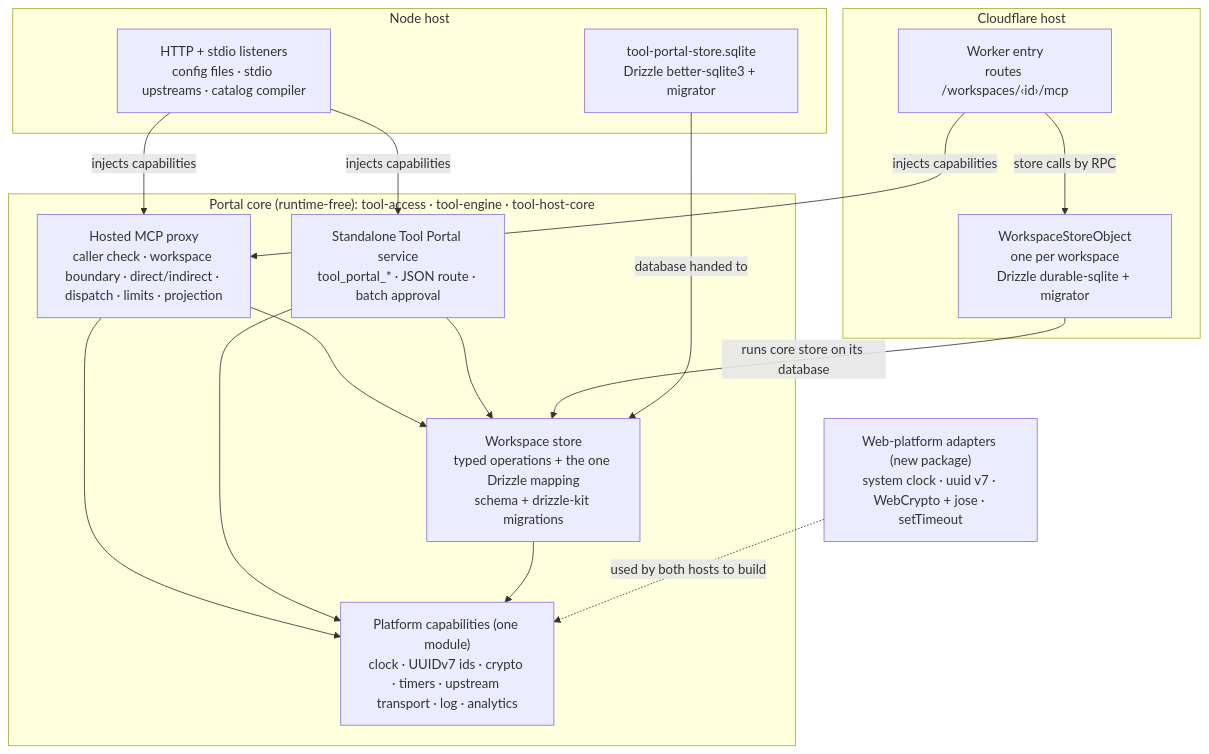
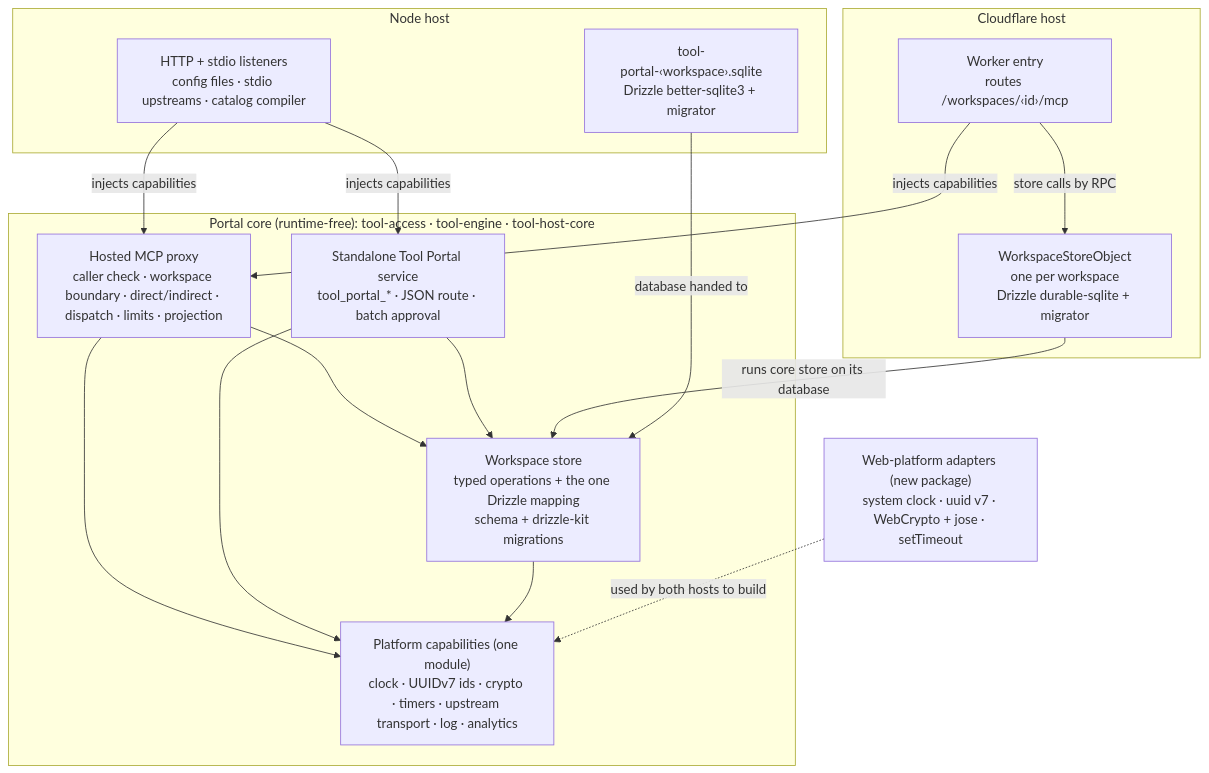
One commit to ShravanSunder/agent-vm changed the first of 5 diagrams in docs/specs/2026-10-24-tool-portal-remediation/program-design.md. Above: the diagram before and after it, drawn with Mermaid. The commit also changed other lines of this file and 9 other files, not shown here.

````diff
--- a/docs/specs/2026-10-24-tool-portal-remediation/program-design.md
+++ b/docs/specs/2026-10-24-tool-portal-remediation/program-design.md
@@ -9,30 +9,30 @@
 ```mermaid
 flowchart TB
   subgraph CORE["Portal core (runtime-free): tool-access · tool-engine · tool-host-core"]
     PROXY["Hosted MCP proxy<br/>caller check · workspace boundary · direct/indirect · dispatch · limits · projection"]
     STANDALONE["Standalone Tool Portal service<br/>tool_portal_* · JSON route · batch approval"]
     STORE["Workspace store<br/>typed operations + the one Drizzle mapping<br/>schema + drizzle-kit migrations"]
     CAPS["Platform capabilities (one module)<br/>clock · UUIDv7 ids · crypto · timers · upstream transport · log · analytics"]
     PROXY --> STORE
     STANDALONE --> STORE
     PROXY --> CAPS
     STANDALONE --> CAPS
     STORE --> CAPS
   end
   WEB["Web-platform adapters (new package)<br/>system clock · uuid v7 · WebCrypto + jose · setTimeout"]
   subgraph CF["Cloudflare host"]
     WORKER["Worker entry<br/>routes /workspaces/‹id›/mcp"]
     DO["WorkspaceStoreObject<br/>one per workspace<br/>Drizzle durable-sqlite + migrator"]
   end
   subgraph NODE["Node host"]
     LISTEN["HTTP + stdio listeners<br/>config files · stdio upstreams · catalog compiler"]
-    FILE["tool-portal-store.sqlite<br/>Drizzle better-sqlite3 + migrator"]
+    FILE["tool-portal-‹workspace›.sqlite<br/>Drizzle better-sqlite3 + migrator"]
   end
   WORKER -->|"injects capabilities"| PROXY
   WORKER -->|"store calls by RPC"| DO
   DO -->|"runs core store on its database"| STORE
   LISTEN -->|"injects capabilities"| PROXY
   LISTEN -->|"injects capabilities"| STANDALONE
   FILE -->|"database handed to"| STORE
   WEB -.->|"used by both hosts to build"| CAPS
 ```
````
